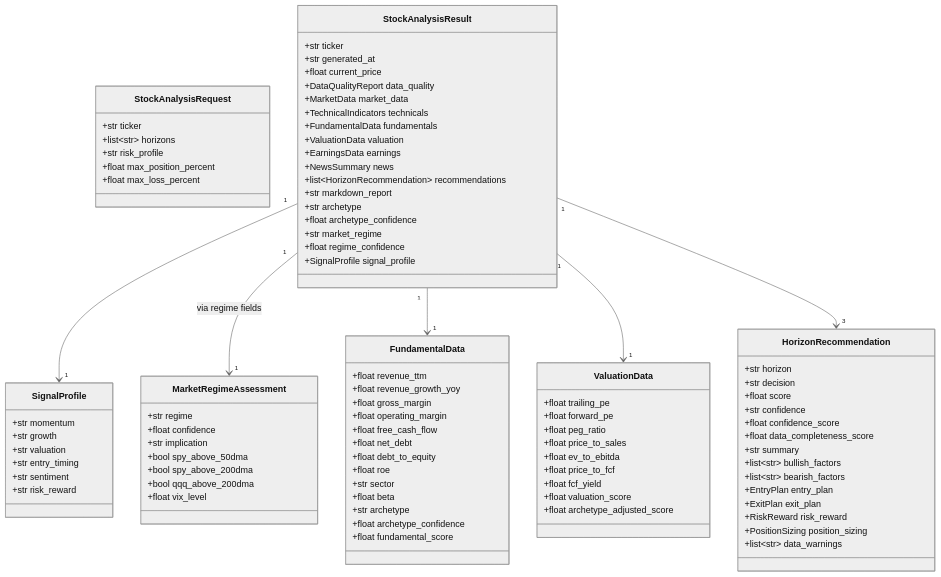
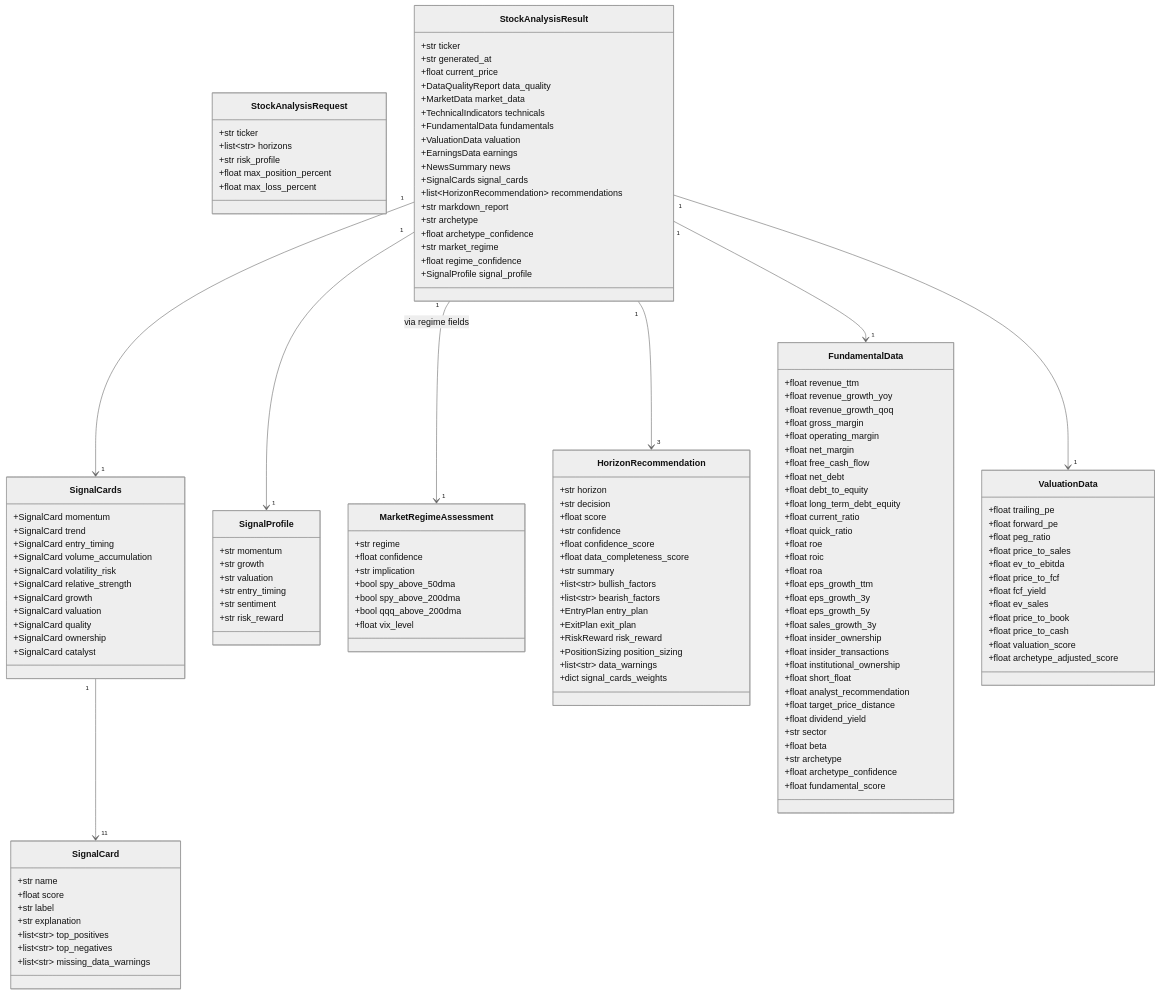
One commit to krutikpatel/stockBuyDecisioner1 changed the ninth of 14 diagrams in HLD.md. Above: the diagram before and after it, drawn with Mermaid (neutral theme). The commit also changed other lines of this file and 131 other files, not shown here.

````diff
--- a/HLD.md
+++ b/HLD.md
@@ -444,6 +432,7 @@
         +ValuationData valuation
         +EarningsData earnings
         +NewsSummary news
+        +SignalCards signal_cards
         +list~HorizonRecommendation~ recommendations
         +str markdown_report
         +str archetype
@@ -451,6 +440,30 @@
         +str market_regime
         +float regime_confidence
         +SignalProfile signal_profile
+    }
+
+    class SignalCard {
+        +str name
+        +float score
+        +str label
+        +str explanation
+        +list~str~ top_positives
+        +list~str~ top_negatives
+        +list~str~ missing_data_warnings
+    }
+
+    class SignalCards {
+        +SignalCard momentum
+        +SignalCard trend
+        +SignalCard entry_timing
+        +SignalCard volume_accumulation
+        +SignalCard volatility_risk
+        +SignalCard relative_strength
+        +SignalCard growth
+        +SignalCard valuation
+        +SignalCard quality
+        +SignalCard ownership
+        +SignalCard catalyst
     }
 
     class SignalProfile {
@@ -487,17 +500,36 @@
         +RiskReward risk_reward
         +PositionSizing position_sizing
         +list~str~ data_warnings
+        +dict signal_cards_weights
     }
 
     class FundamentalData {
         +float revenue_ttm
         +float revenue_growth_yoy
+        +float revenue_growth_qoq
         +float gross_margin
         +float operating_margin
+        +float net_margin
         +float free_cash_flow
         +float net_debt
         +float debt_to_equity
+        +float long_term_debt_equity
+        +float current_ratio
+        +float quick_ratio
         +float roe
+        +float roic
+        +float roa
+        +float eps_growth_ttm
+        +float eps_growth_3y
+        +float eps_growth_5y
+        +float sales_growth_3y
+        +float insider_ownership
+        +float insider_transactions
+        +float institutional_ownership
+        +float short_float
+        +float analyst_recommendation
+        +float target_price_distance
+        +float dividend_yield
         +str sector
         +float beta
         +str archetype
@@ -513,13 +545,18 @@
         +float ev_to_ebitda
         +float price_to_fcf
         +float fcf_yield
+        +float ev_sales
+        +float price_to_book
+        +float price_to_cash
         +float valuation_score
         +float archetype_adjusted_score
     }
 
+    StockAnalysisResult "1" --> "1" SignalCards
     StockAnalysisResult "1" --> "1" SignalProfile
     StockAnalysisResult "1" --> "1" MarketRegimeAssessment : via regime fields
     StockAnalysisResult "1" --> "1" FundamentalData
     StockAnalysisResult "1" --> "1" ValuationData
     StockAnalysisResult "1" --> "3" HorizonRecommendation
+    SignalCards "1" --> "11" SignalCard
 ```
````
